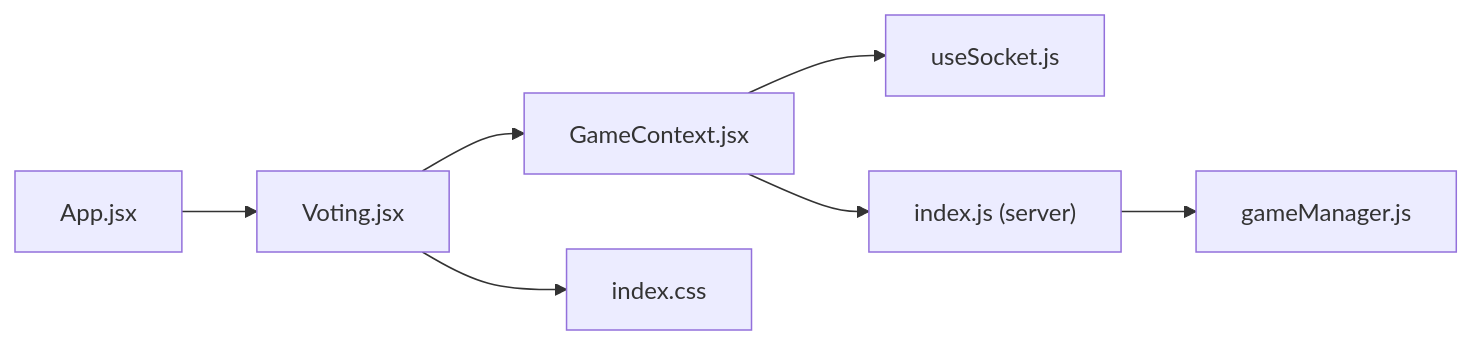
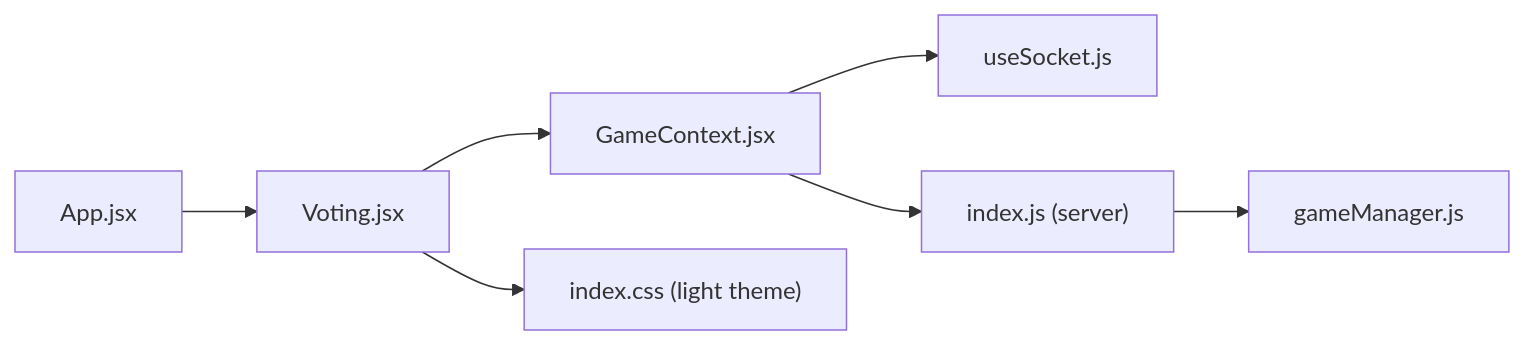
Before and after one commit to sparshgupta001/imposter_game: the third of 3 diagrams in .qoder/repowiki/en/content/Game Screens and UI Components/Voting Screen.md, drawn with Mermaid. The commit also changed other lines of this file and 22 other files, not shown here.

````diff
--- a/.qoder/repowiki/en/content/Game Screens and UI Components/Voting Screen.md
+++ b/.qoder/repowiki/en/content/Game Screens and UI Components/Voting Screen.md
@@ -295,9 +310,9 @@
 ```mermaid
 graph LR
 VC["Voting.jsx"] --> GC["GameContext.jsx"]
 GC --> US["useSocket.js"]
 GC --> SV["index.js (server)"]
 SV --> GM["gameManager.js"]
-VC --> CSS["index.css"]
+VC --> CSS["index.css (light theme)"]
 APP["App.jsx"] --> VC
 ```
````
